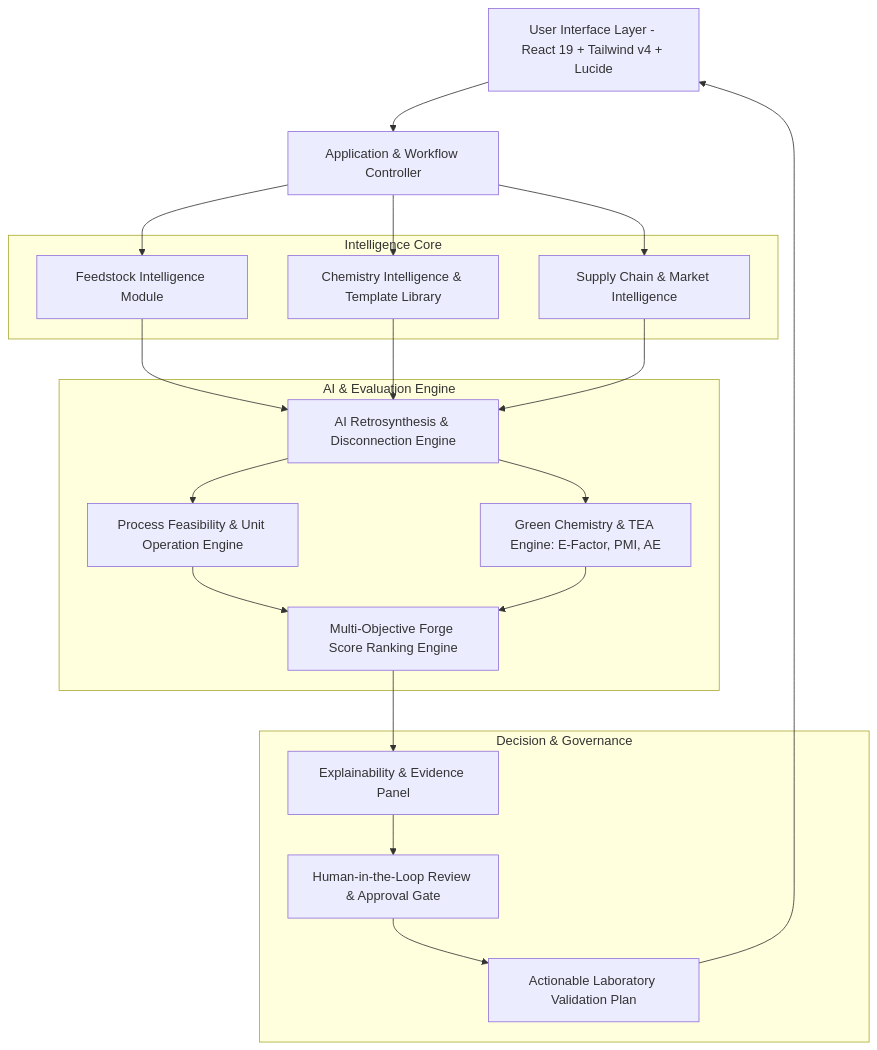
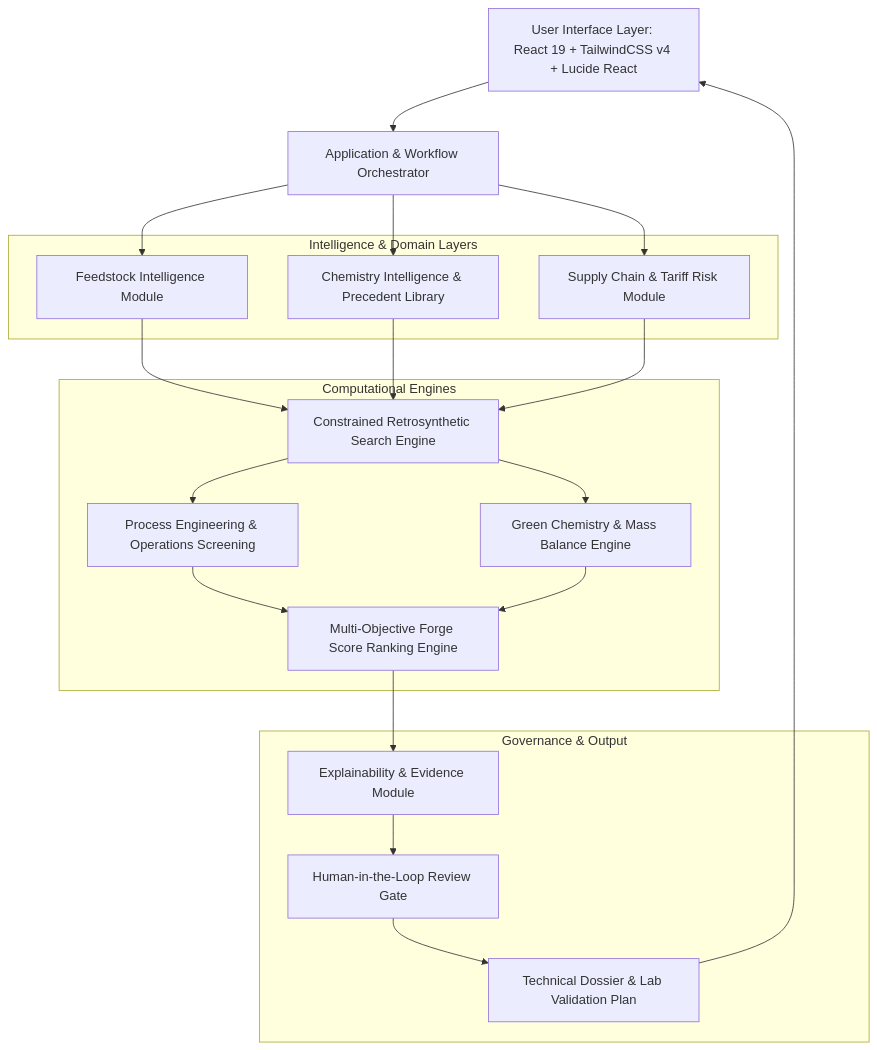
The diagram in README.md (rautsiddharth82-crypto/Molecule-Forge), drawn with Mermaid before and after one commit. The commit also changed other lines of this file, not shown here.

Commit message:
docs: formalize README with corporate technical styling, Table of Contents, and engineering team achievements

````diff
--- a/README.md
+++ b/README.md
@@ -226,34 +255,34 @@
 ```mermaid
 graph TD
-    UI[User Interface Layer - React 19 + Tailwind v4 + Lucide]
-    API[Application & Workflow Controller]
-    
-    subgraph Intelligence Core
-        FIL[Feedstock Intelligence Module]
-        CIM[Chemistry Intelligence & Template Library]
-        SCM[Supply Chain & Market Intelligence]
-    end
-    
-    subgraph AI & Evaluation Engine
-        RET[AI Retrosynthesis & Disconnection Engine]
-        PFE[Process Feasibility & Unit Operation Engine]
-        GRE[Green Chemistry & TEA Engine: E-Factor, PMI, AE]
-        RNK[Multi-Objective Forge Score Ranking Engine]
-    end
-    
-    subgraph Decision & Governance
-        EXP[Explainability & Evidence Panel]
-        HITL[Human-in-the-Loop Review & Approval Gate]
-        LVP[Actionable Laboratory Validation Plan]
+    Client[User Interface Layer: React 19 + TailwindCSS v4 + Lucide React]
+    Gateway[Application & Workflow Orchestrator]
+
+    subgraph Intelligence & Domain Layers
+        FIM[Feedstock Intelligence Module]
+        CIM[Chemistry Intelligence & Precedent Library]
+        SCM[Supply Chain & Tariff Risk Module]
     end
 
-    UI --> API
-    API --> FIL & CIM & SCM
-    FIL & CIM & SCM --> RET
-    RET --> PFE & GRE
-    PFE & GRE --> RNK
-    RNK --> EXP
+    subgraph Computational Engines
+        RRE[Constrained Retrosynthetic Search Engine]
+        PFE[Process Engineering & Operations Screening]
+        GCE[Green Chemistry & Mass Balance Engine]
+        MRE[Multi-Objective Forge Score Ranking Engine]
+    end
+
+    subgraph Governance & Output
+        EXP[Explainability & Evidence Module]
+        HITL[Human-in-the-Loop Review Gate]
+        REP[Technical Dossier & Lab Validation Plan]
+    end
+
+    Client --> Gateway
+    Gateway --> FIM & CIM & SCM
+    FIM & CIM & SCM --> RRE
+    RRE --> PFE & GCE
+    PFE & GCE --> MRE
+    MRE --> EXP
     EXP --> HITL
-    HITL --> LVP
-    LVP --> UI
+    HITL --> REP
+    REP --> Client
 ```
````
